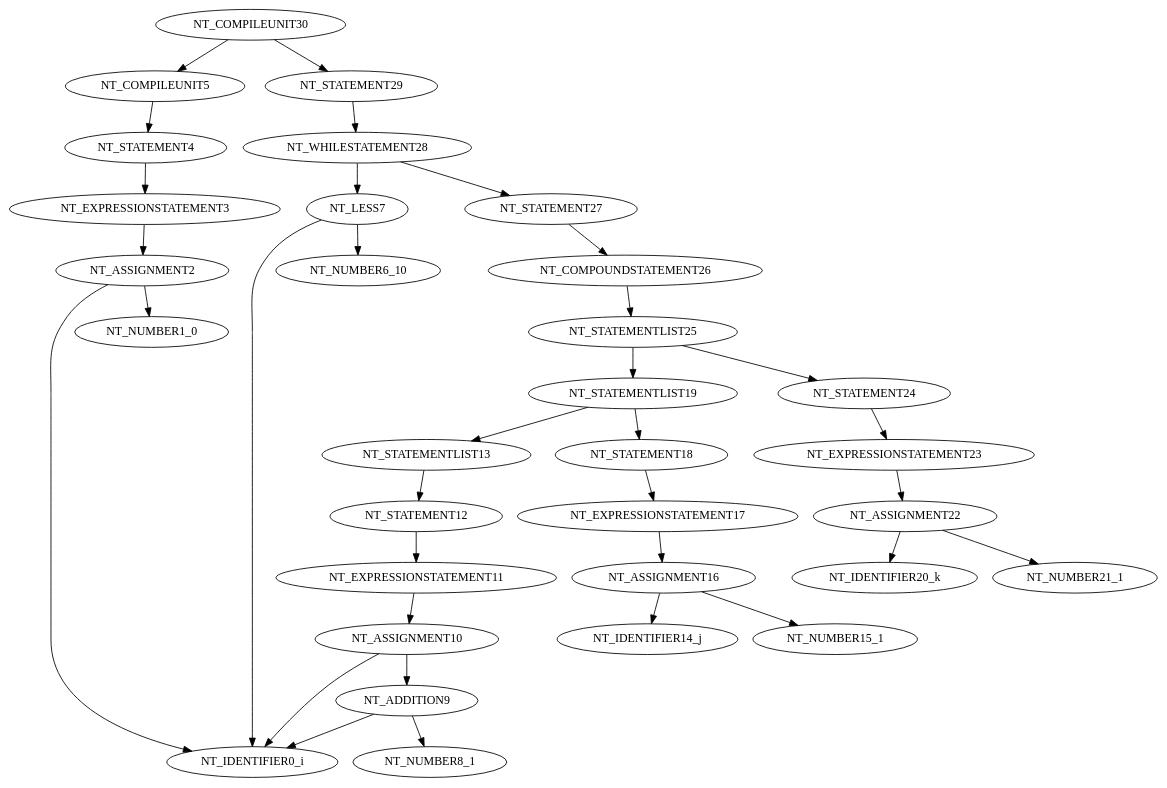
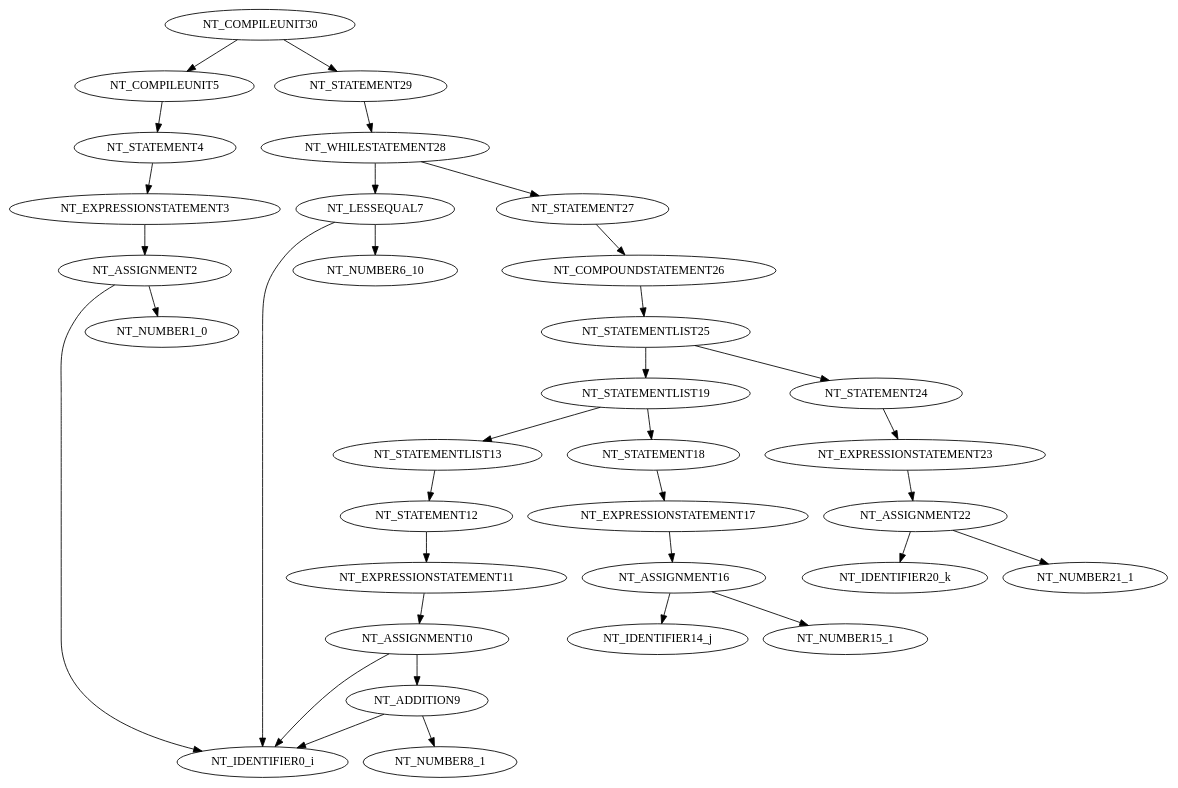
The diagram in BisonIntro/SyntaxTree.dot (dhmhgreCompilers1/BisonTutorial2022), drawn with Graphviz before and after one commit. The commit also changed 4 other files, not shown here.

```diff
--- a/BisonIntro/SyntaxTree.dot
+++ b/BisonIntro/SyntaxTree.dot
@@ -1,35 +1,35 @@
 digraph G {
 	"NT_COMPILEUNIT30"->"NT_COMPILEUNIT5";
 	"NT_COMPILEUNIT5"->"NT_STATEMENT4";
 	"NT_STATEMENT4"->"NT_EXPRESSIONSTATEMENT3";
 	"NT_EXPRESSIONSTATEMENT3"->"NT_ASSIGNMENT2";
 	"NT_ASSIGNMENT2"->"NT_IDENTIFIER0_i";
 	"NT_ASSIGNMENT2"->"NT_NUMBER1_0";
 	"NT_COMPILEUNIT30"->"NT_STATEMENT29";
 	"NT_STATEMENT29"->"NT_WHILESTATEMENT28";
-	"NT_WHILESTATEMENT28"->"NT_LESS7";
-	"NT_LESS7"->"NT_IDENTIFIER0_i";
-	"NT_LESS7"->"NT_NUMBER6_10";
+	"NT_WHILESTATEMENT28"->"NT_LESSEQUAL7";
+	"NT_LESSEQUAL7"->"NT_IDENTIFIER0_i";
+	"NT_LESSEQUAL7"->"NT_NUMBER6_10";
 	"NT_WHILESTATEMENT28"->"NT_STATEMENT27";
 	"NT_STATEMENT27"->"NT_COMPOUNDSTATEMENT26";
 	"NT_COMPOUNDSTATEMENT26"->"NT_STATEMENTLIST25";
 	"NT_STATEMENTLIST25"->"NT_STATEMENTLIST19";
 	"NT_STATEMENTLIST19"->"NT_STATEMENTLIST13";
 	"NT_STATEMENTLIST13"->"NT_STATEMENT12";
 	"NT_STATEMENT12"->"NT_EXPRESSIONSTATEMENT11";
 	"NT_EXPRESSIONSTATEMENT11"->"NT_ASSIGNMENT10";
 	"NT_ASSIGNMENT10"->"NT_IDENTIFIER0_i";
 	"NT_ASSIGNMENT10"->"NT_ADDITION9";
 	"NT_ADDITION9"->"NT_IDENTIFIER0_i";
 	"NT_ADDITION9"->"NT_NUMBER8_1";
 	"NT_STATEMENTLIST19"->"NT_STATEMENT18";
 	"NT_STATEMENT18"->"NT_EXPRESSIONSTATEMENT17";
 	"NT_EXPRESSIONSTATEMENT17"->"NT_ASSIGNMENT16";
 	"NT_ASSIGNMENT16"->"NT_IDENTIFIER14_j";
 	"NT_ASSIGNMENT16"->"NT_NUMBER15_1";
 	"NT_STATEMENTLIST25"->"NT_STATEMENT24";
 	"NT_STATEMENT24"->"NT_EXPRESSIONSTATEMENT23";
 	"NT_EXPRESSIONSTATEMENT23"->"NT_ASSIGNMENT22";
 	"NT_ASSIGNMENT22"->"NT_IDENTIFIER20_k";
 	"NT_ASSIGNMENT22"->"NT_NUMBER21_1";
 }
```
